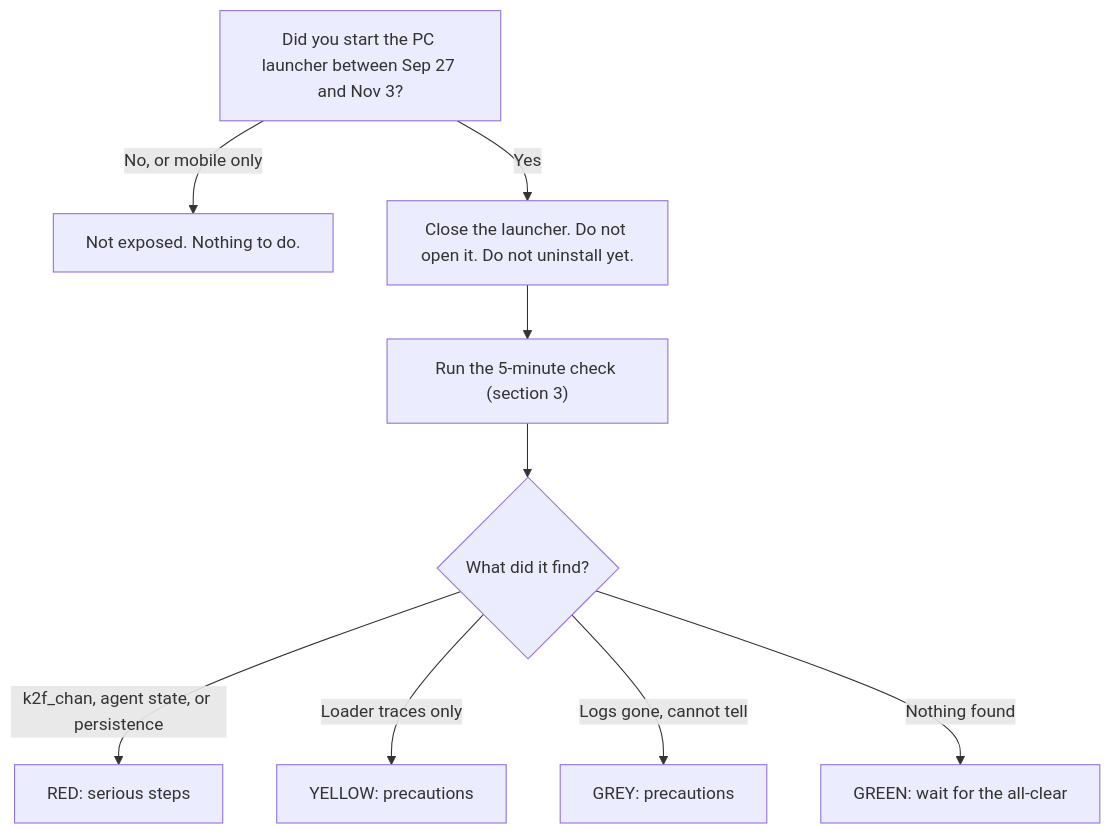
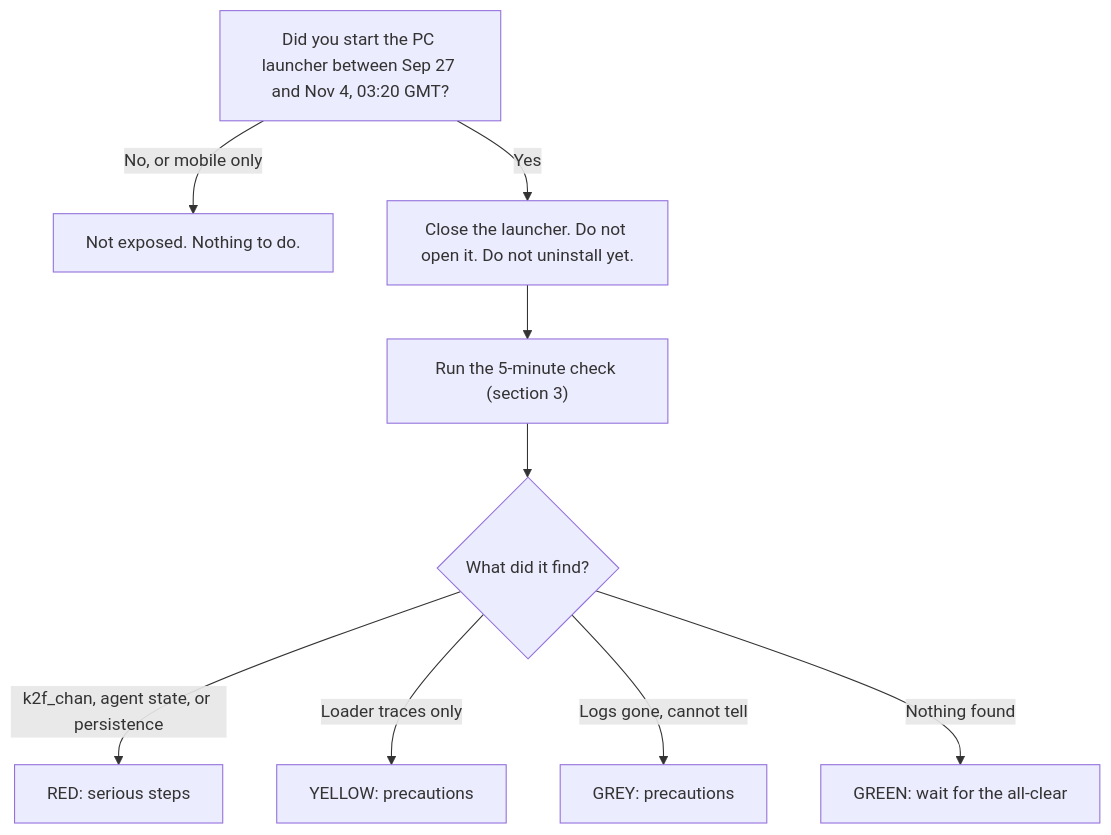
One commit to SpringZali/nikke-launcher-triage changed the diagram in README.md. Above: the diagram before and after it, drawn with Mermaid. The commit also changed other lines of this file and 1 other file, not shown here.

First line of the commit message:
v2.5: window to Nov 4 03:20 GMT, reset advice

````diff
--- a/README.md
+++ b/README.md
@@ -35,11 +35,11 @@
 ```mermaid
 flowchart TD
-    A["Did you start the PC launcher between Sep 27 and Nov 3?"] -->|"No, or mobile only"| Z["Not exposed. Nothing to do."]
+    A["Did you start the PC launcher between Sep 27 and Nov 4, 03:20 GMT?"] -->|"No, or mobile only"| Z["Not exposed. Nothing to do."]
     A -->|"Yes"| B["Close the launcher. Do not open it. Do not uninstall yet."]
     B --> C["Run the 5-minute check (section 3)"]
     C --> D{"What did it find?"}
     D -->|"k2f_chan, agent state, or persistence"| R["RED: serious steps"]
     D -->|"Loader traces only"| Y["YELLOW: precautions"]
     D -->|"Logs gone, cannot tell"| G["GREY: precautions"]
     D -->|"Nothing found"| N["GREEN: wait for the all-clear"]
 ```
````
